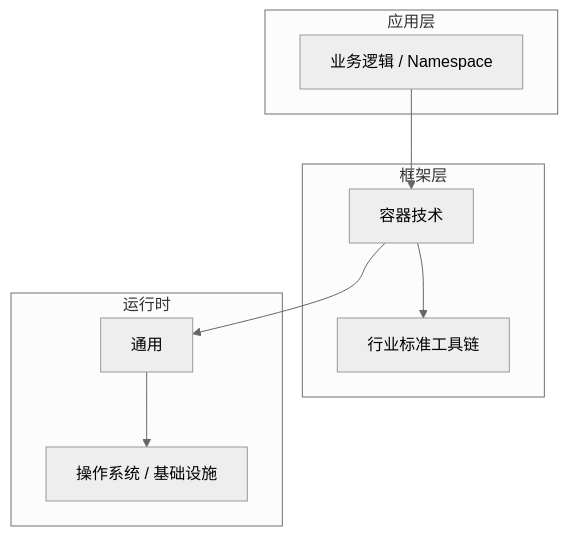
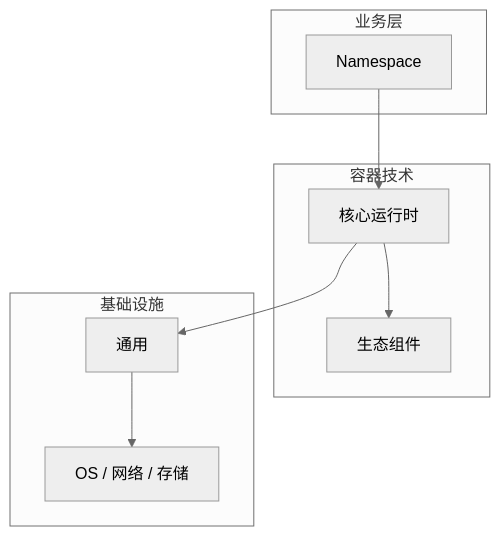
One commit to yanggan2015/knowledge-json-v2 changed the diagram in articles/容器技术/chapters/011-Namespace核心概念与原理.md. Above: the diagram before and after it, drawn with Mermaid (neutral theme). The commit also changed other lines of this file and 10127 other files, not shown here.

````diff
--- a/articles/容器技术/chapters/011-Namespace核心概念与原理.md
+++ b/articles/容器技术/chapters/011-Namespace核心概念与原理.md
@@ -45,18 +34,18 @@
 ```mermaid
 graph TB
-    subgraph 应用层
-        A[业务逻辑 / Namespace]
+    subgraph 业务层
+        A[Namespace]
     end
-    subgraph 框架层
-        B[容器技术]
-        C[行业标准工具链]
+    subgraph 容器技术
+        B[核心运行时]
+        C[生态组件]
     end
-    subgraph 运行时
+    subgraph 基础设施
         D[通用]
-        E[操作系统 / 基础设施]
+        E[OS / 网络 / 存储]
     end
     A --> B
     B --> C
     B --> D
     D --> E
 ```
````
